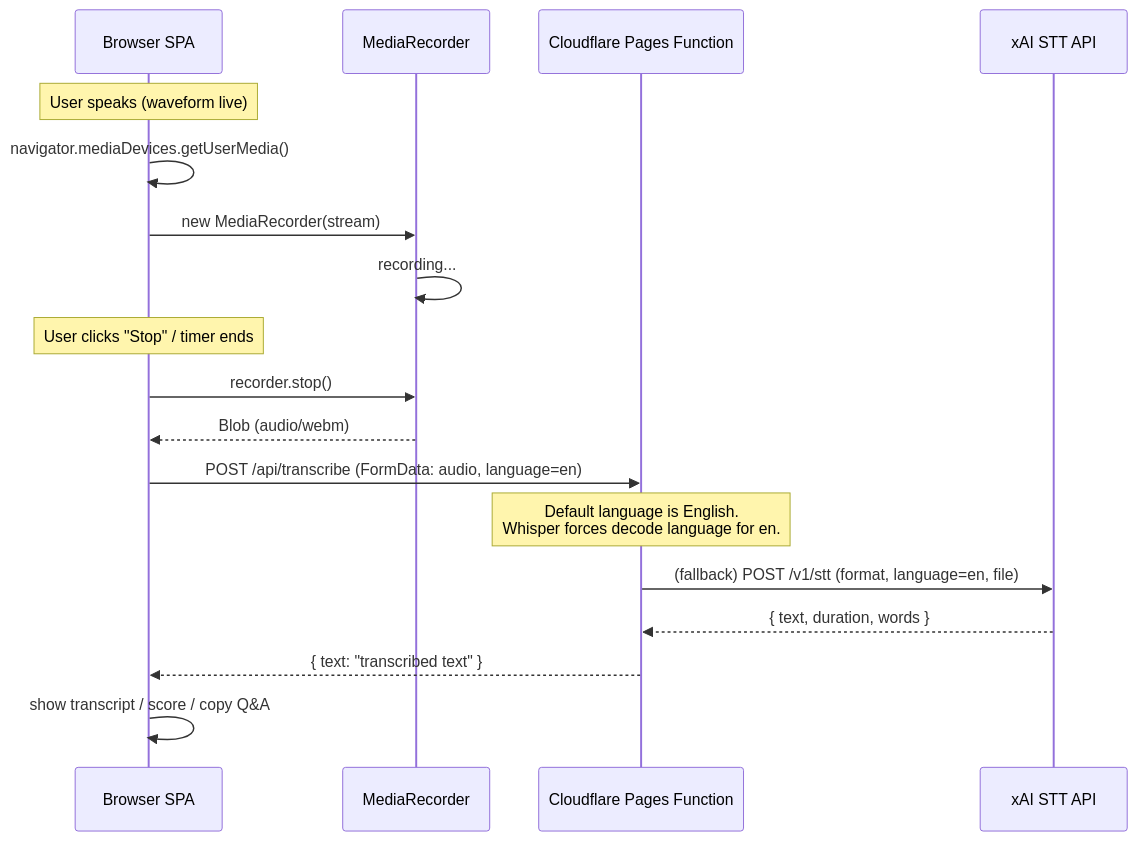
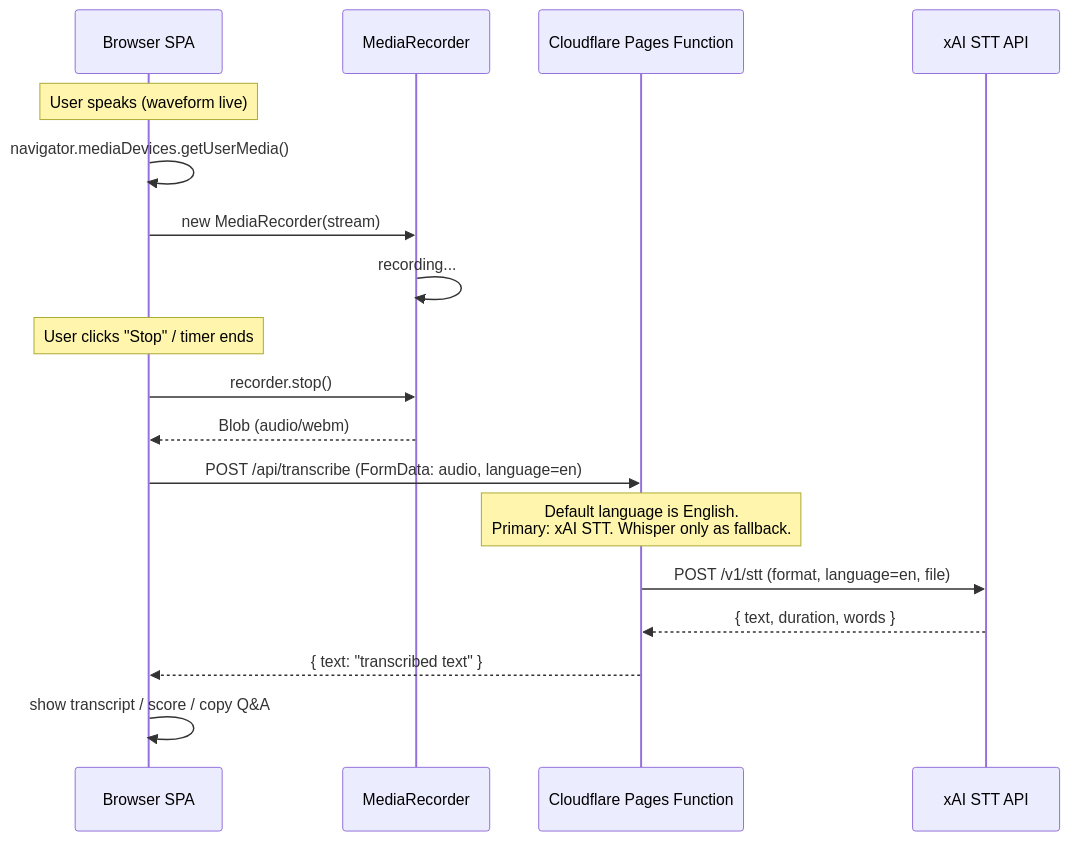
The diagram in droid-wiki/systems/speech-recognition.md (frinfo702/english-test-generator), drawn with Mermaid before and after one commit. The commit also changed other lines of this file and 2 other files, not shown here.

Commit message:
use xai instead of whisper in repeat section

````diff
--- a/droid-wiki/systems/speech-recognition.md
+++ b/droid-wiki/systems/speech-recognition.md
@@ -7,21 +7,21 @@
 ```mermaid
 sequenceDiagram
     participant Browser as Browser SPA
     participant MR as MediaRecorder
     participant CF as Cloudflare Pages Function
     participant XAI as xAI STT API
 
     Note over Browser: User speaks (waveform live)
     Browser->>Browser: navigator.mediaDevices.getUserMedia()
     Browser->>MR: new MediaRecorder(stream)
     MR->>MR: recording...
     Note over Browser: User clicks "Stop" / timer ends
     Browser->>MR: recorder.stop()
     MR-->>Browser: Blob (audio/webm)
     Browser->>CF: POST /api/transcribe (FormData: audio, language=en)
-    Note over CF: Default language is English.<br/>Whisper forces decode language for en.
-    CF->>XAI: (fallback) POST /v1/stt (format, language=en, file)
+    Note over CF: Default language is English.<br/>Primary: xAI STT. Whisper only as fallback.
+    CF->>XAI: POST /v1/stt (format, language=en, file)
     XAI-->>CF: { text, duration, words }
     CF-->>Browser: { text: "transcribed text" }
     Browser->>Browser: show transcript / score / copy Q&A
 ```
````
